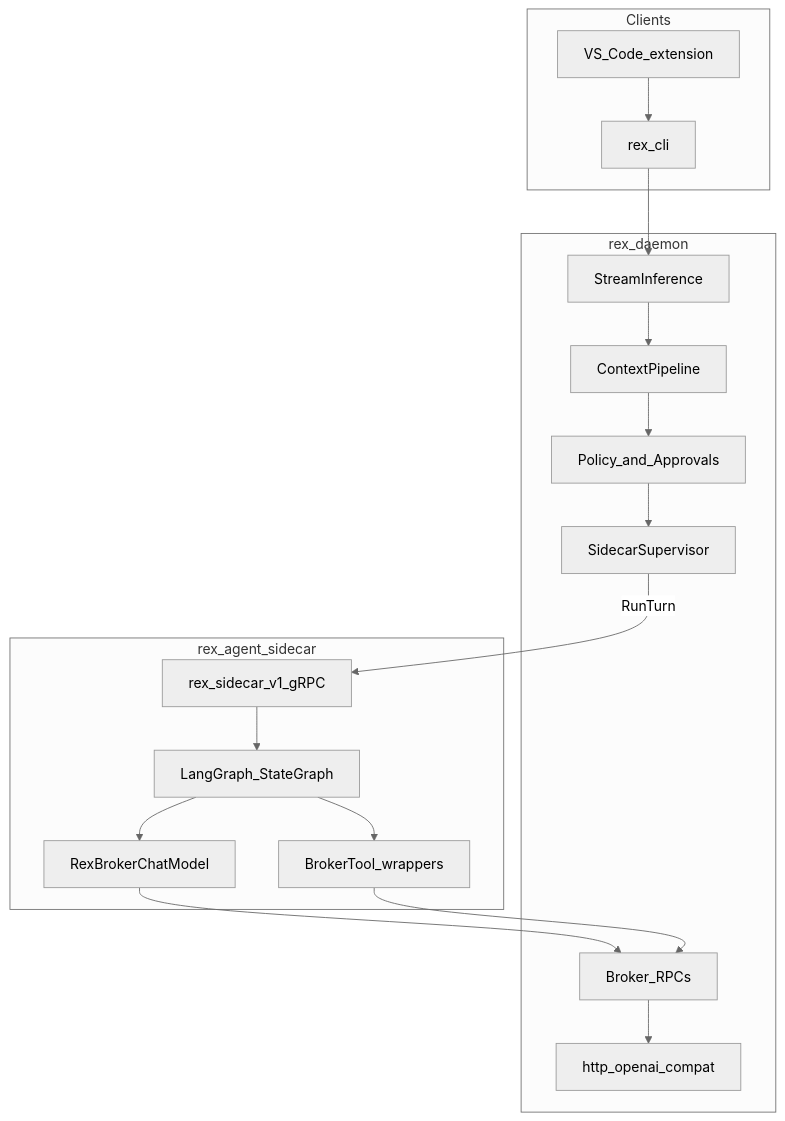
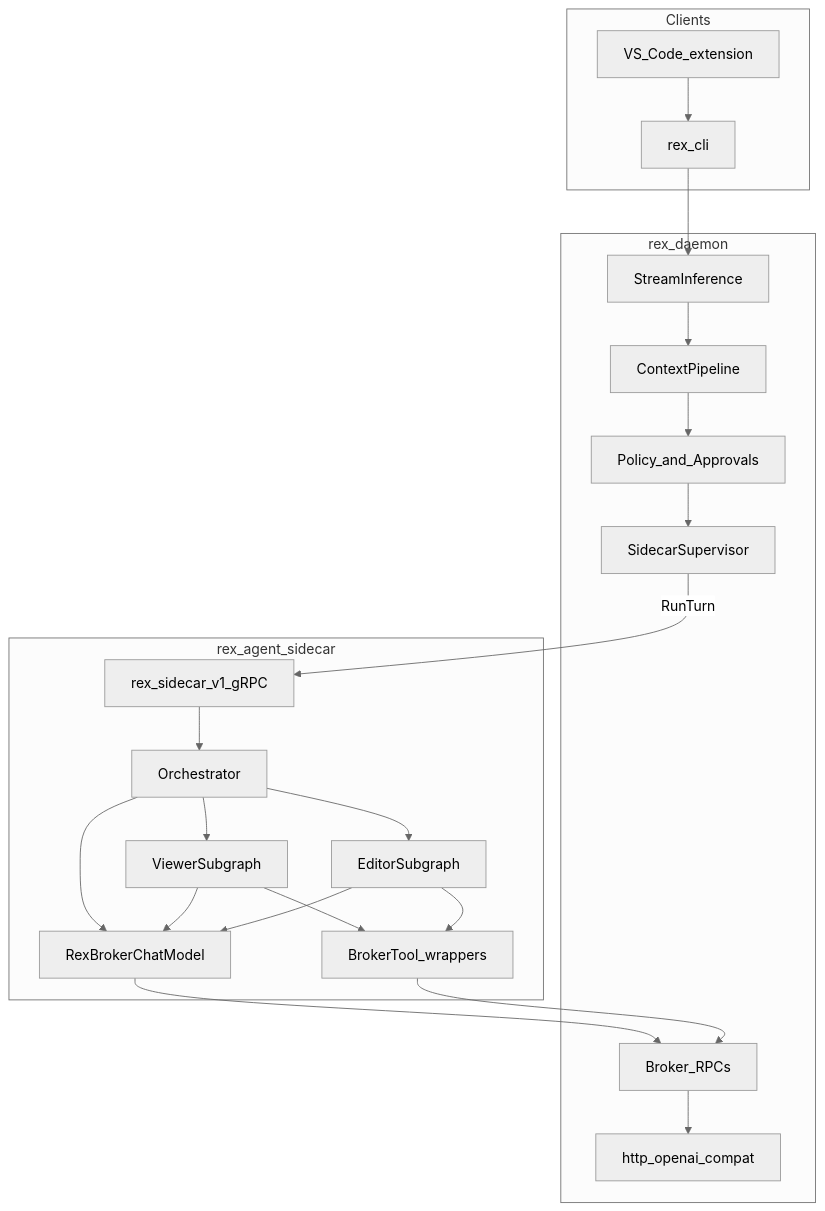
The diagram in docs/AGENT_DELIVERY_ROADMAP.md (thsfranca/rex), drawn with Mermaid (neutral theme) before and after one commit. The commit also changed other lines of this file and 8 other files, not shown here.

First line of the commit message:
docs: add agent graph architecture hub and R027–R033 roadmap

````diff
--- a/docs/AGENT_DELIVERY_ROADMAP.md
+++ b/docs/AGENT_DELIVERY_ROADMAP.md
@@ -11,31 +13,38 @@
 ```mermaid
 flowchart TB
   subgraph clients [Clients]
     Ext[VS_Code_extension]
     CLI[rex_cli]
   end
   subgraph daemon [rex_daemon]
     SI[StreamInference]
     CP[ContextPipeline]
     Pol[Policy_and_Approvals]
     Sup[SidecarSupervisor]
     Brk[Broker_RPCs]
     HTTP[http_openai_compat]
   end
   subgraph sidecar [rex_agent_sidecar]
     GRPC[rex_sidecar_v1_gRPC]
-    Graph[LangGraph_StateGraph]
+    Orch[Orchestrator]
+    Viewer[ViewerSubgraph]
+    Editor[EditorSubgraph]
     RexLLM[RexBrokerChatModel]
     RexTools[BrokerTool_wrappers]
-    GRPC --> Graph
-    Graph --> RexLLM
-    Graph --> RexTools
+    GRPC --> Orch
+    Orch --> Viewer
+    Orch --> Editor
+    Viewer --> RexTools
+    Editor --> RexTools
+    Orch --> RexLLM
+    Viewer --> RexLLM
+    Editor --> RexLLM
     RexLLM --> Brk
     RexTools --> Brk
   end
   Ext --> CLI
   CLI --> SI
   SI --> CP --> Pol --> Sup
   Sup -->|RunTurn| GRPC
   Brk --> HTTP
 ```
````
